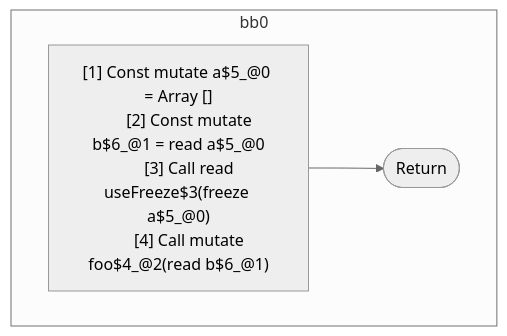
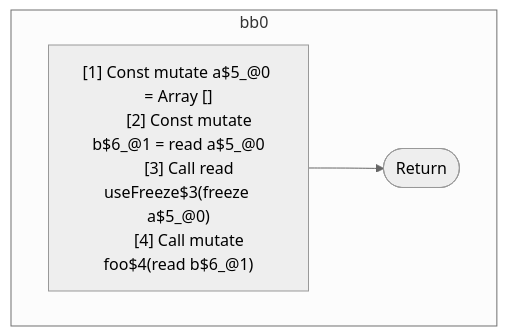
Before and after one commit to wutsmog/private: the first of 3 diagrams in compiler/forget/src/__tests__/fixtures/hir/frozen-after-alias.expect.md, drawn with Mermaid (neutral theme). The commit also changed other lines of this file and 100 other files, not shown here.

````diff
--- a/compiler/forget/src/__tests__/fixtures/hir/frozen-after-alias.expect.md
+++ b/compiler/forget/src/__tests__/fixtures/hir/frozen-after-alias.expect.md
@@ -33,16 +49,16 @@
 ```mermaid
 flowchart TB
   %% Basic Blocks
   subgraph bb0
     bb0_instrs["
       [1] Const mutate a$5_@0 = Array []
       [2] Const mutate b$6_@1 = read a$5_@0
       [3] Call read useFreeze$3(freeze a$5_@0)
-      [4] Call mutate foo$4_@2(read b$6_@1)
+      [4] Call mutate foo$4(read b$6_@1)
     "]
     bb0_instrs --> bb0_terminal(["Return"])
   end
 
   %% Jumps
   %% empty
 ```
````
